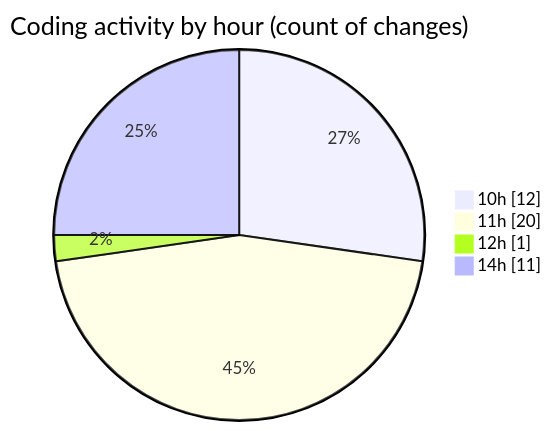
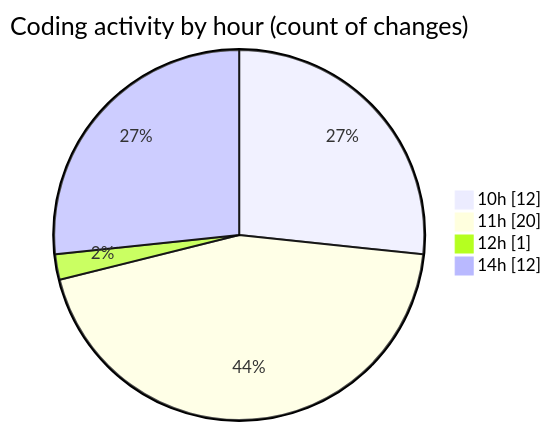
The second of 2 diagrams in 2025-06-20/nxtqube_webapp/README.md (nxtqubesakshisongat/code-tracking), drawn with Mermaid before and after one commit. The commit also changed other lines of this file and 1 other file, not shown here.

````diff
--- a/2025-06-20/nxtqube_webapp/README.md
+++ b/2025-06-20/nxtqube_webapp/README.md
@@ -34,8 +34,8 @@
 ```mermaid
 pie showData
 title Coding activity by hour (count of changes)
 "10h" : 12
 "11h" : 20
 "12h" : 1
-"14h" : 11
+"14h" : 12
 ```
````
